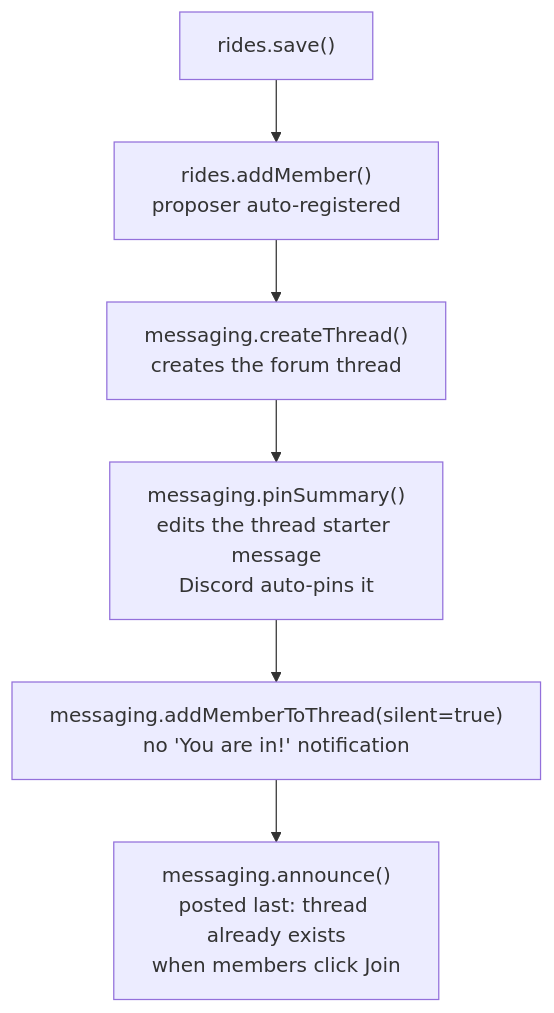
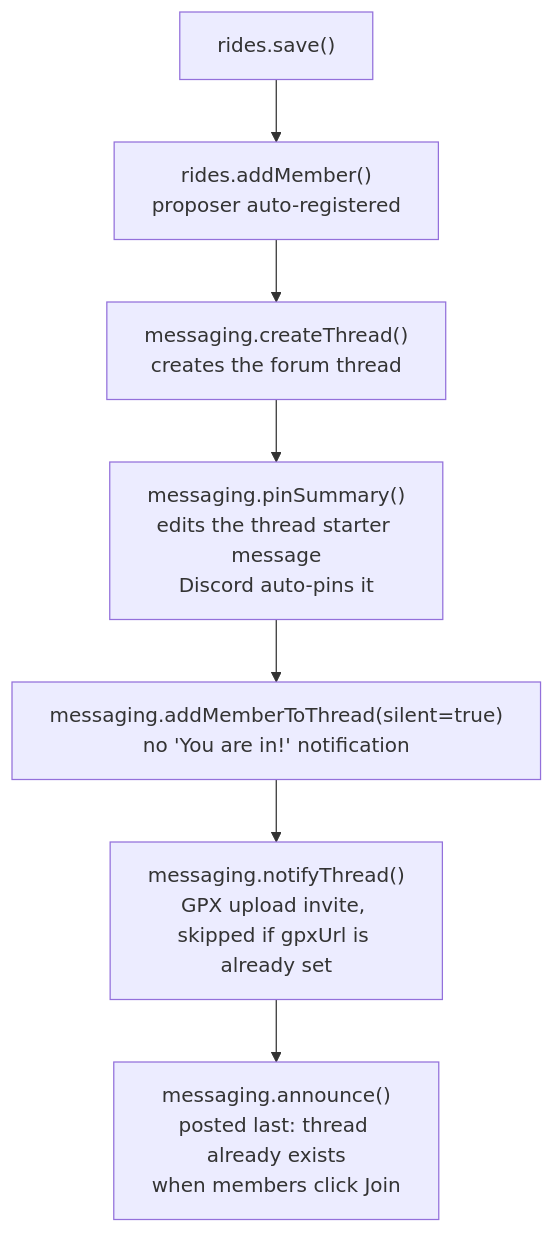
The second of 3 diagrams in src/adapters/messaging/discord/README.md (Slashgear/group-ride), drawn with Mermaid before and after one commit. The commit also changed other lines of this file and 23 other files, not shown here.

Commit message:
feat(discord): let the proposer upload a GPX after ride creation

````diff
--- a/src/adapters/messaging/discord/README.md
+++ b/src/adapters/messaging/discord/README.md
@@ -44,8 +44,9 @@
 ```mermaid
 flowchart TD
     A["rides.save()"] --> B["rides.addMember()\nproposer auto-registered"]
     B --> C["messaging.createThread()\ncreates the forum thread"]
     C --> D["messaging.pinSummary()\nedits the thread starter message\nDiscord auto-pins it"]
     D --> E["messaging.addMemberToThread(silent=true)\nno 'You are in!' notification"]
-    E --> F["messaging.announce()\nposted last: thread already exists\nwhen members click Join"]
+    E --> F["messaging.notifyThread()\nGPX upload invite, skipped if gpxUrl is already set"]
+    F --> G["messaging.announce()\nposted last: thread already exists\nwhen members click Join"]
 ```
````
